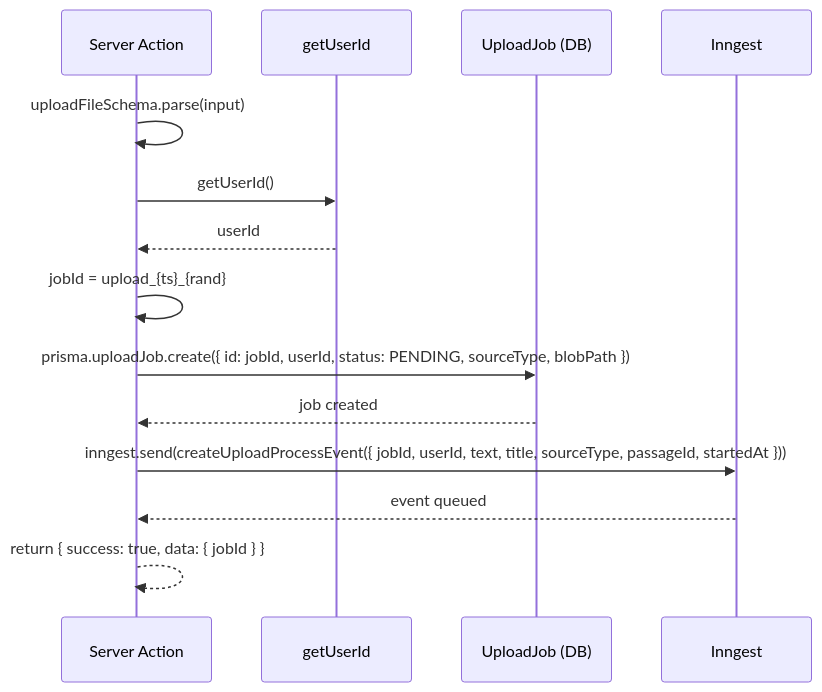
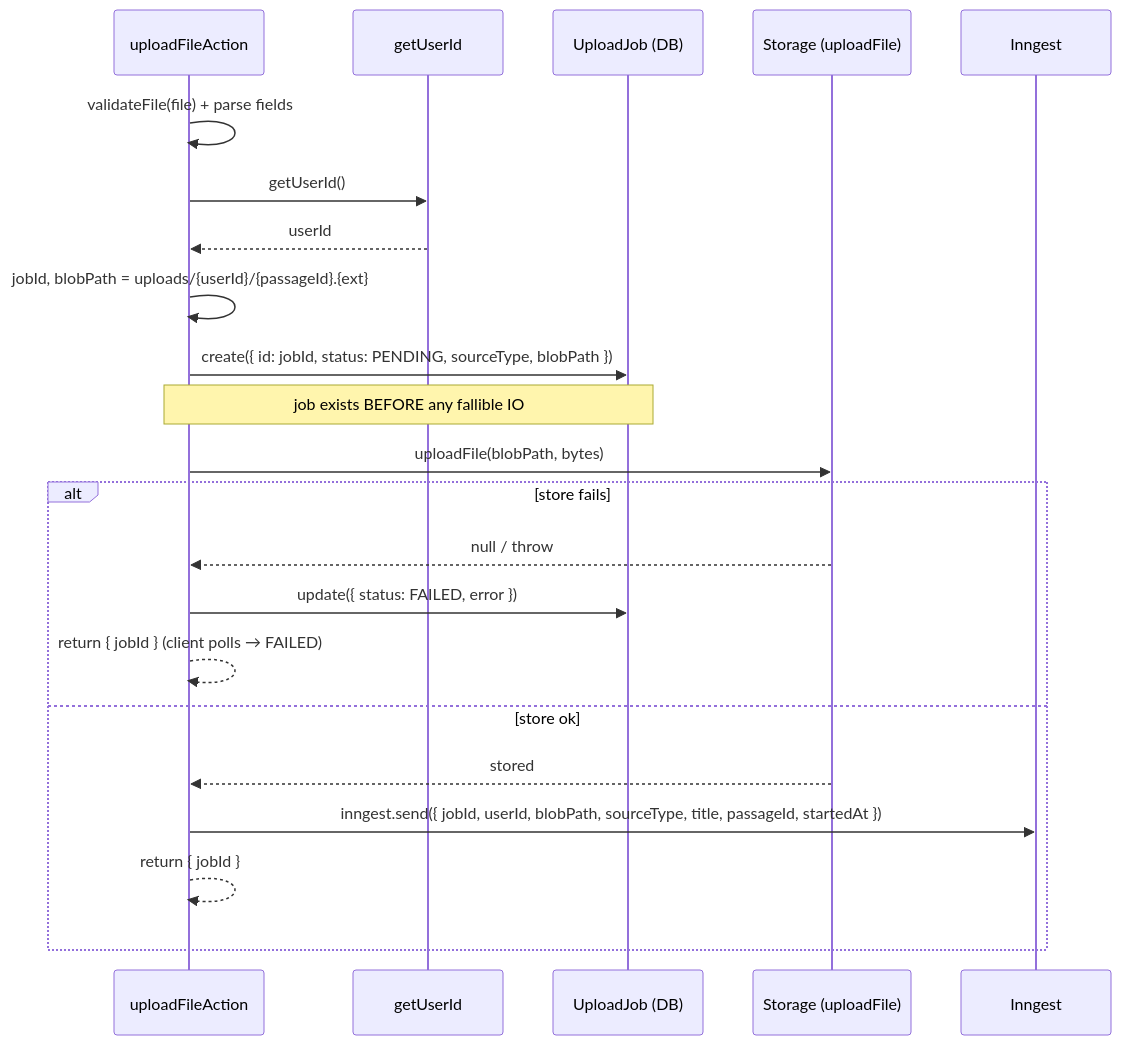
One commit to BoneTheDeveloper/ReadingPro changed the second of 4 diagrams in docs/Flow/upload/upload-data-flow.md. Above: the diagram before and after it, drawn with Mermaid. The commit also changed other lines of this file and 28 other files, not shown here.

````diff
--- a/docs/Flow/upload/upload-data-flow.md
+++ b/docs/Flow/upload/upload-data-flow.md
@@ -71,17 +96,25 @@
 ```mermaid
 sequenceDiagram
-    participant A as Server Action
+    participant A as uploadFileAction
     participant Auth as getUserId
     participant J as UploadJob (DB)
+    participant S as Storage (uploadFile)
     participant I as Inngest
 
-    A->>A: uploadFileSchema.parse(input)
+    A->>A: validateFile(file) + parse fields
     A->>Auth: getUserId()
     Auth-->>A: userId
-    A->>A: jobId = upload_{ts}_{rand}
-    A->>J: prisma.uploadJob.create({ id: jobId, userId, status: PENDING, sourceType, blobPath })
-    J-->>A: job created
-    A->>I: inngest.send(createUploadProcessEvent({ jobId, userId, text, title, sourceType, passageId, startedAt }))
-    I-->>A: event queued
-    A-->>A: return { success: true, data: { jobId } }
+    A->>A: jobId, blobPath = uploads/{userId}/{passageId}.{ext}
+    A->>J: create({ id: jobId, status: PENDING, sourceType, blobPath })
+    Note over A,J: job exists BEFORE any fallible IO
+    A->>S: uploadFile(blobPath, bytes)
+    alt store fails
+        S-->>A: null / throw
+        A->>J: update({ status: FAILED, error })
+        A-->>A: return { jobId }  (client polls → FAILED)
+    else store ok
+        S-->>A: stored
+        A->>I: inngest.send({ jobId, userId, blobPath, sourceType, title, passageId, startedAt })
+        A-->>A: return { jobId }
+    end
 ```
````
